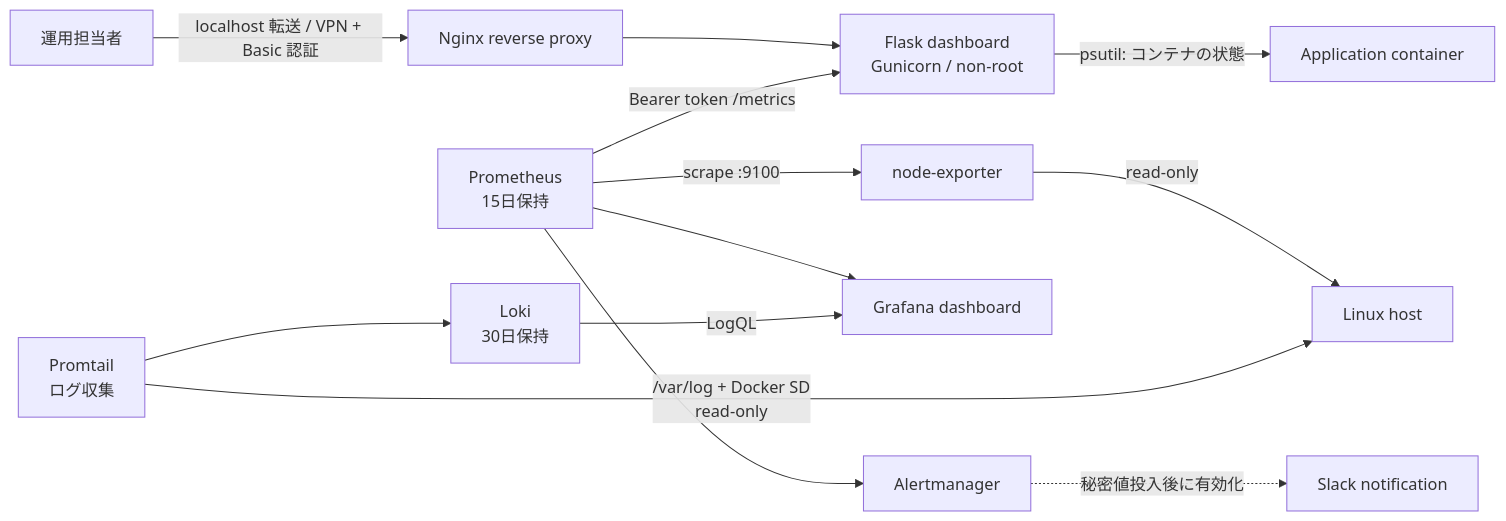
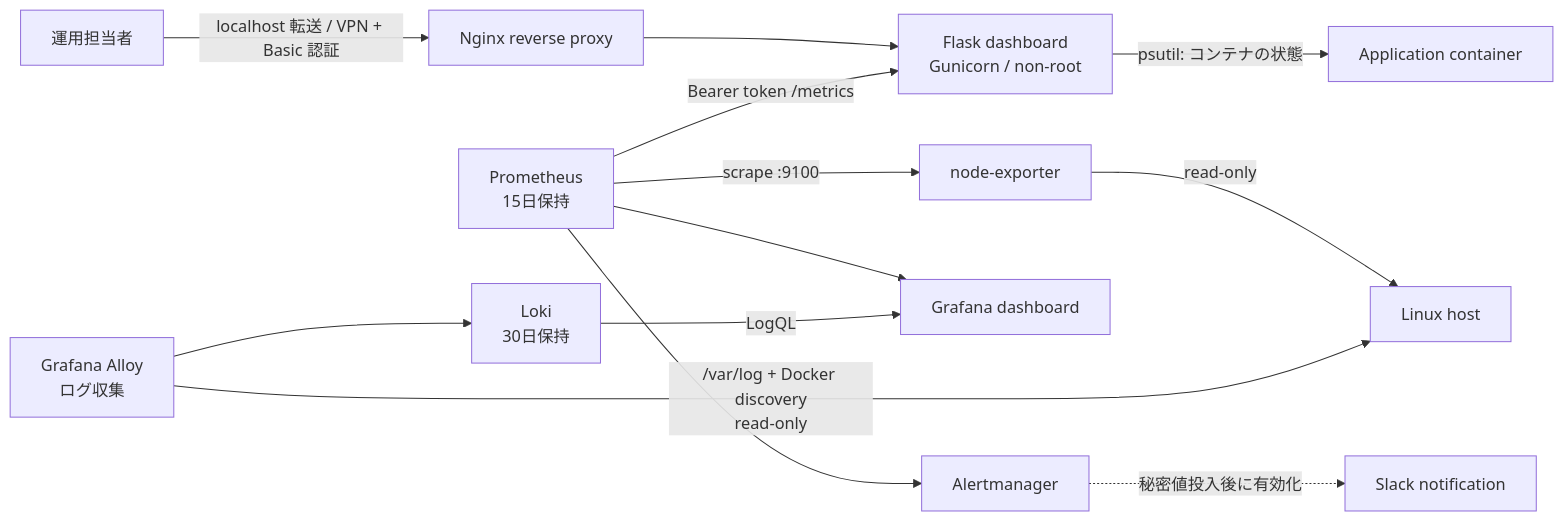
Before and after one commit to ns7jp/server: the first of 2 diagrams in docs/architecture.md, drawn with Mermaid. The commit also changed other lines of this file and 27 other files, not shown here.

````diff
--- a/docs/architecture.md
+++ b/docs/architecture.md
@@ -9,17 +9,17 @@
 ```mermaid
 flowchart LR
     User["運用担当者"] -->|"localhost 転送 / VPN + Basic 認証"| Nginx["Nginx reverse proxy"]
     Nginx --> App["Flask dashboard<br/>Gunicorn / non-root"]
     App -->|"psutil: コンテナの状態"| Container["Application container"]
 
     Prom["Prometheus<br/>15日保持"] -->|"Bearer token /metrics"| App
     Prom -->|"scrape :9100"| Node["node-exporter"]
     Node -->|"read-only"| Host["Linux host"]
     Prom --> Grafana["Grafana dashboard"]
     Prom --> Alert["Alertmanager"]
     Alert -.->|"秘密値投入後に有効化"| Slack["Slack notification"]
 
-    Promtail["Promtail<br/>ログ収集"] -->|"/var/log + Docker SD<br/>read-only"| Host
-    Promtail --> Loki["Loki<br/>30日保持"]
+    Alloy["Grafana Alloy<br/>ログ収集"] -->|"/var/log + Docker discovery<br/>read-only"| Host
+    Alloy --> Loki["Loki<br/>30日保持"]
     Loki -->|"LogQL"| Grafana
 ```
````
